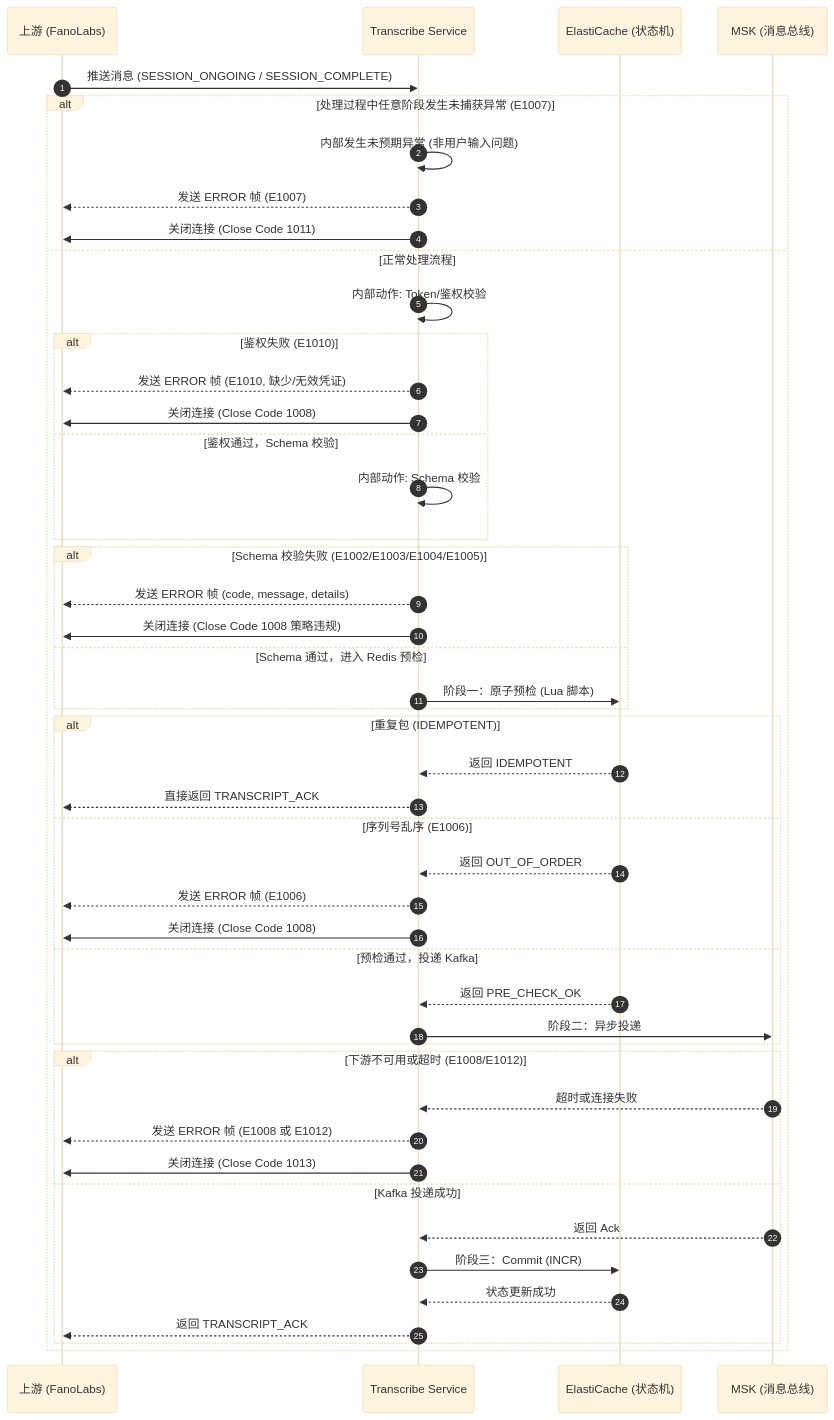
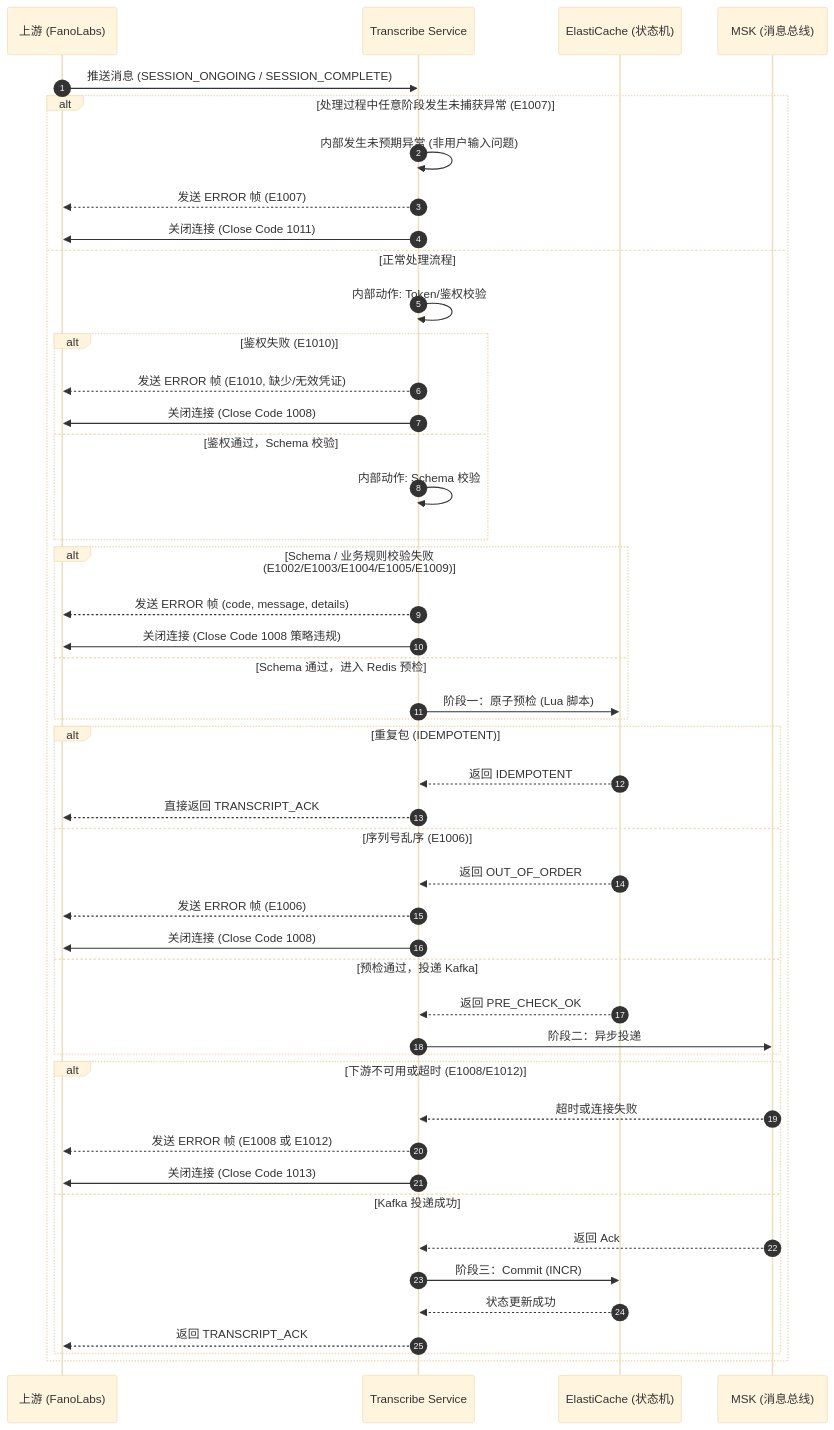
One commit to xiaodouya001/transcribe_service changed the fifth of 6 diagrams in design/application-design_zh.md. Above: the diagram before and after it, drawn with Mermaid (base theme). The commit also changed other lines of this file and 23 other files, not shown here.

````diff
--- a/design/application-design_zh.md
+++ b/design/application-design_zh.md
@@ -189,54 +197,54 @@
 ```mermaid
 sequenceDiagram
     autonumber
     participant Vendor as 上游 (FanoLabs)
     participant Trans as Transcribe Service
     participant Redis as ElastiCache (状态机)
     participant Kafka as MSK (消息总线)
 
     Vendor->>Trans: 推送消息 (SESSION_ONGOING / SESSION_COMPLETE)
 
     alt 处理过程中任意阶段发生未捕获异常 (E1007)
         Trans->>Trans: 内部发生未预期异常 (非用户输入问题)
         Trans-->>Vendor: 发送 ERROR 帧 (E1007)
         Trans->>Vendor: 关闭连接 (Close Code 1011)
     else 正常处理流程
         Trans->>Trans: 内部动作: Token/鉴权校验
         alt 鉴权失败 (E1010)
             Trans-->>Vendor: 发送 ERROR 帧 (E1010, 缺少/无效凭证)
             Trans->>Vendor: 关闭连接 (Close Code 1008)
         else 鉴权通过，Schema 校验
             Trans->>Trans: 内部动作: Schema 校验
         end
 
-        alt Schema 校验失败 (E1002/E1003/E1004/E1005)
+        alt Schema / 业务规则校验失败 (E1002/E1003/E1004/E1005/E1009)
             Trans-->>Vendor: 发送 ERROR 帧 (code, message, details)
             Trans->>Vendor: 关闭连接 (Close Code 1008 策略违规)
         else Schema 通过，进入 Redis 预检
             Trans->>Redis: 阶段一：原子预检 (Lua 脚本)
         end
 
         alt 重复包 (IDEMPOTENT)
             Redis-->>Trans: 返回 IDEMPOTENT
             Trans-->>Vendor: 直接返回 TRANSCRIPT_ACK
         else 序列号乱序 (E1006)
             Redis-->>Trans: 返回 OUT_OF_ORDER
             Trans-->>Vendor: 发送 ERROR 帧 (E1006)
             Trans->>Vendor: 关闭连接 (Close Code 1008)
         else 预检通过，投递 Kafka
             Redis-->>Trans: 返回 PRE_CHECK_OK
             Trans->>Kafka: 阶段二：异步投递
         end
 
         alt 下游不可用或超时 (E1008/E1012)
             Kafka-->>Trans: 超时或连接失败
             Trans-->>Vendor: 发送 ERROR 帧 (E1008 或 E1012)
             Trans->>Vendor: 关闭连接 (Close Code 1013)
         else Kafka 投递成功
             Kafka-->>Trans: 返回 Ack
             Trans->>Redis: 阶段三：Commit (INCR)
             Redis-->>Trans: 状态更新成功
             Trans-->>Vendor: 返回 TRANSCRIPT_ACK
         end
     end
 ```
````
